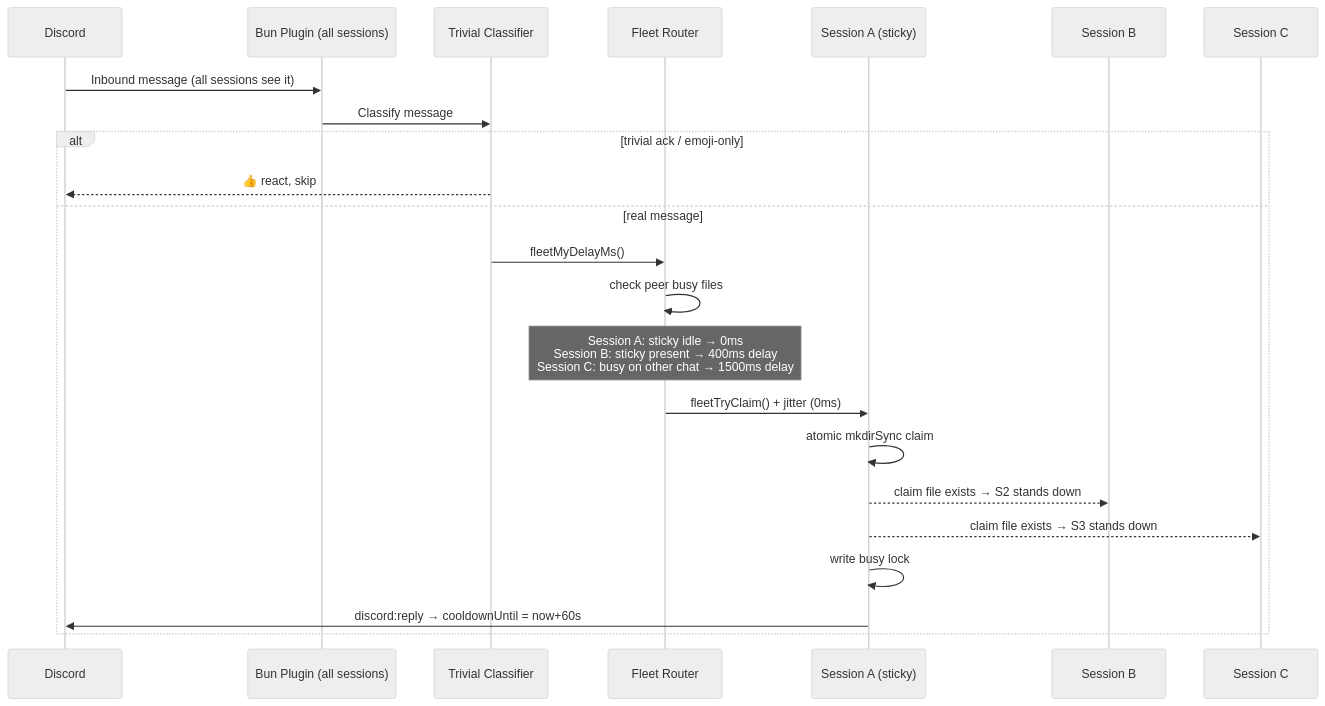
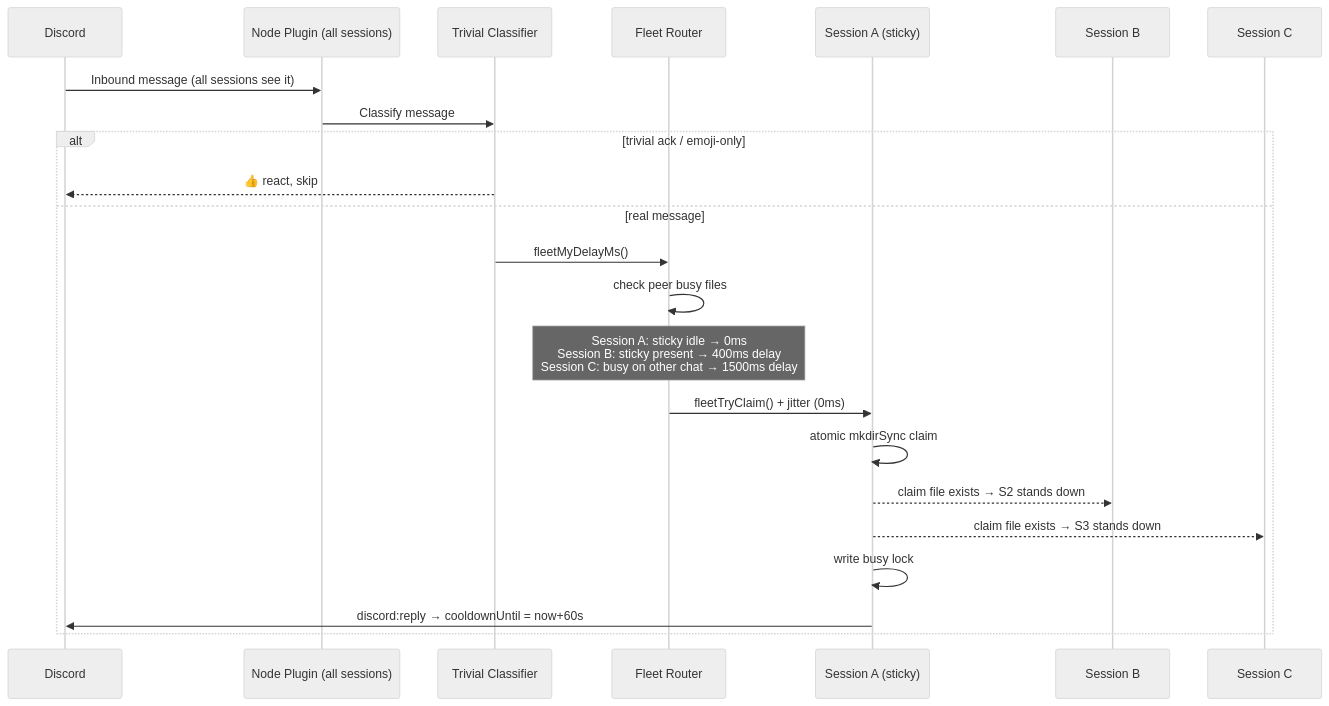
One commit to Agent-Crafting-Table/fleet-discord changed the first of 2 diagrams in README.md. Above: the diagram before and after it, drawn with Mermaid (neutral theme). The commit also changed other lines of this file and 9 other files, not shown here.

````diff
--- a/README.md
+++ b/README.md
@@ -9,26 +16,26 @@
 ```mermaid
 sequenceDiagram
     participant D as Discord
-    participant B as Bun Plugin (all sessions)
+    participant P as Node Plugin (all sessions)
     participant TC as Trivial Classifier
     participant FL as Fleet Router
     participant S1 as Session A (sticky)
     participant S2 as Session B
     participant S3 as Session C
 
-    D->>B: Inbound message (all sessions see it)
-    B->>TC: Classify message
+    D->>P: Inbound message (all sessions see it)
+    P->>TC: Classify message
     alt trivial ack / emoji-only
         TC-->>D: 👍 react, skip
     else real message
         TC->>FL: fleetMyDelayMs()
         FL->>FL: check peer busy files
         Note over FL: Session A: sticky idle → 0ms<br/>Session B: sticky present → 400ms delay<br/>Session C: busy on other chat → 1500ms delay
         FL->>S1: fleetTryClaim() + jitter (0ms)
         S1->>S1: atomic mkdirSync claim
         S1-->>S2: claim file exists → S2 stands down
         S1-->>S3: claim file exists → S3 stands down
         S1->>S1: write busy lock
         S1->>D: discord:reply → cooldownUntil = now+60s
     end
 ```
````
